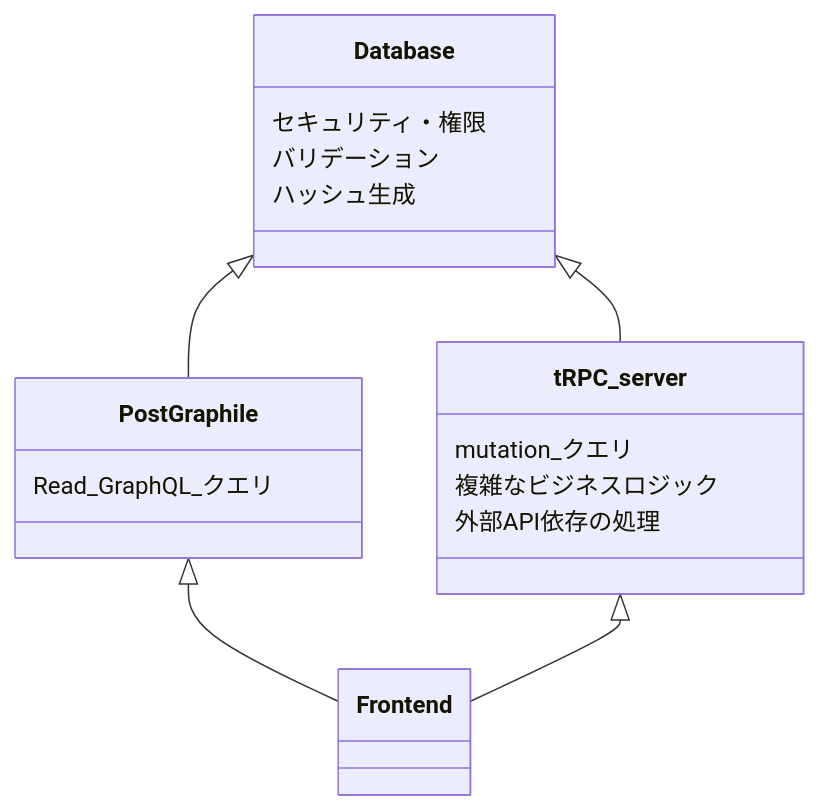
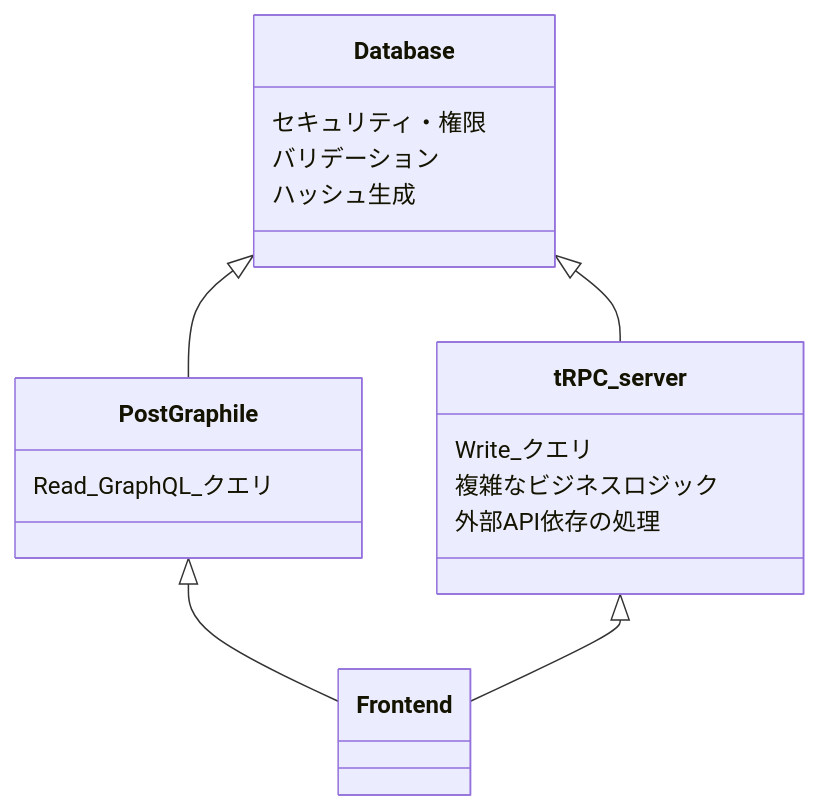
Before and after one commit to harumaxy/publications: the third of 3 diagrams in articles/dont-write-graphql-server.md, drawn with Mermaid. The commit also changed other lines of this file, not shown here.

````diff
--- a/articles/dont-write-graphql-server.md
+++ b/articles/dont-write-graphql-server.md
@@ -163,20 +139,20 @@
 ```mermaid
 classDiagram
 class Database {
   セキュリティ・権限
   バリデーション
   ハッシュ生成
 }
 class PostGraphile{
   Read_GraphQL_クエリ
 }
 class tRPC_server{
-  mutation_クエリ
+  Write_クエリ
   複雑なビジネスロジック
   外部API依存の処理
 }
 Database <|-- PostGraphile
 Database <|-- tRPC_server
 PostGraphile <|-- Frontend
 tRPC_server <|-- Frontend
 ```
````
